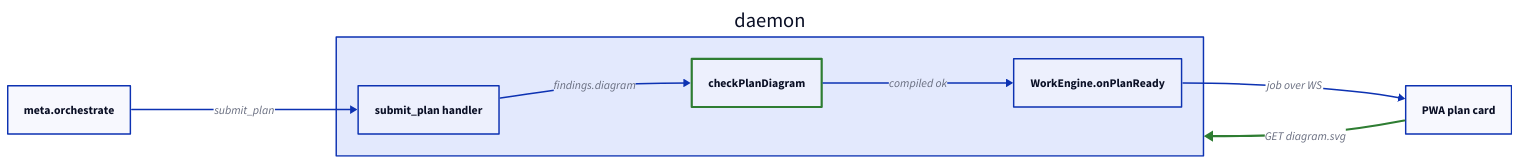
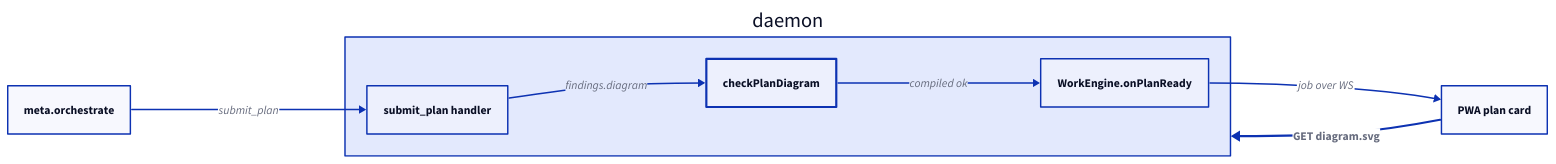
The diagram in actions/SHARED-d2-diagrams.md (lukasIO/outpost), drawn with D2 before and after one commit. The commit also changed other lines of this file and 5 other files, not shown here.

````diff
--- a/actions/SHARED-d2-diagrams.md
+++ b/actions/SHARED-d2-diagrams.md
@@ -30,20 +30,20 @@
 ```d2
 classes: {
-  new: { style: { stroke: "#2e7d32"; stroke-width: 3 } }
+  new: { style: { stroke-width: 3; bold: true } }
 }
 direction: right
 
 orchestrator: meta.orchestrate
 daemon: daemon {
   submit: submit_plan handler
   check: checkPlanDiagram {class: new}
   engine: WorkEngine.onPlanReady
   submit -> check: findings.diagram
   check -> engine: compiled ok
 }
 pwa: PWA plan card
 
 orchestrator -> daemon.submit: submit_plan
 daemon.engine -> pwa: job over WS
 pwa -> daemon: "GET diagram.svg" {class: new}
 ```
````
